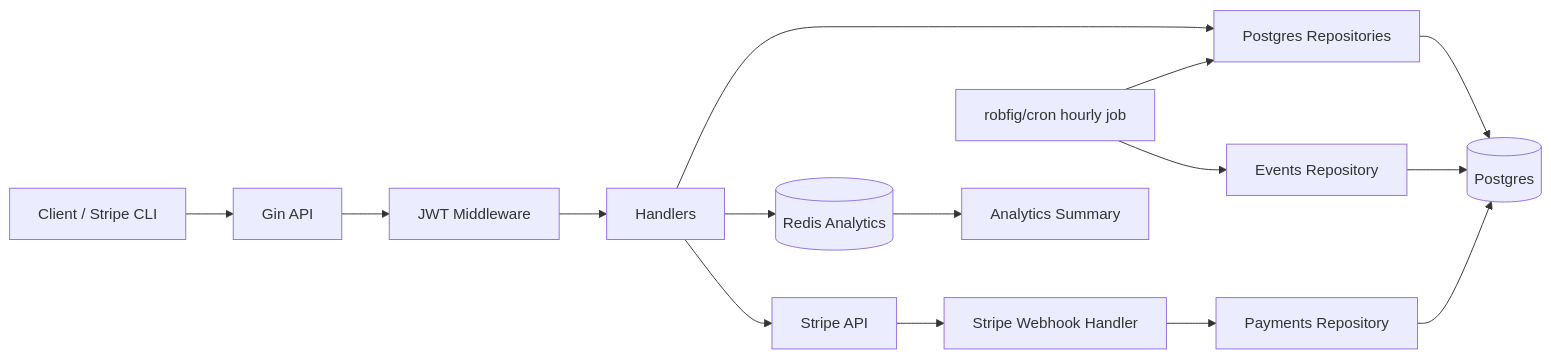
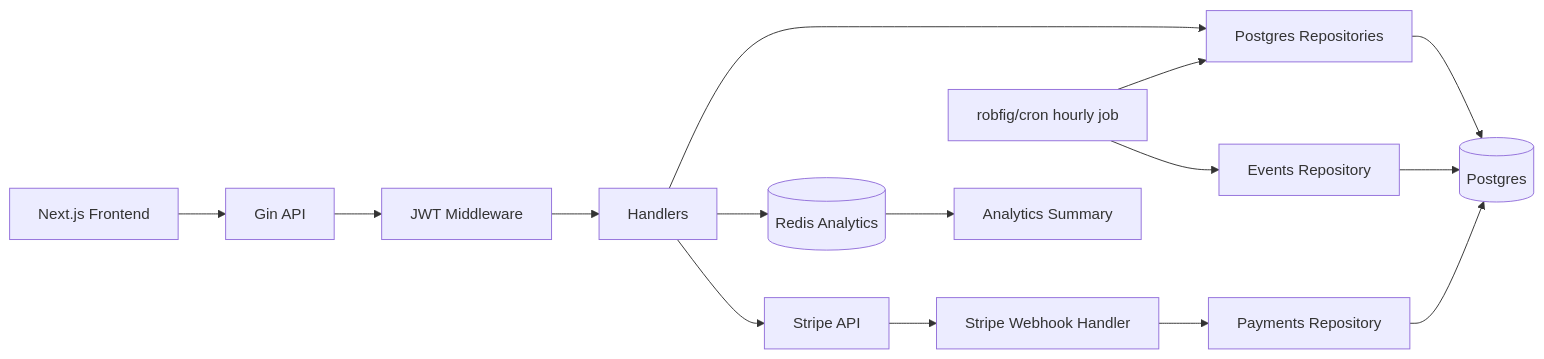
Before and after one commit to EmyysJanaK/Orbit: the diagram in README.md, drawn with Mermaid. The commit also changed other lines of this file and 52 other files, not shown here.

Commit message:
feat: implement backend architecture including database migrations, repositories, and Stripe webhook handling

````diff
--- a/README.md
+++ b/README.md
@@ -7,17 +11,17 @@
 ```mermaid
 flowchart LR
-    Client[Client / Stripe CLI] --> Gin[Gin API]
+    Client[Next.js Frontend] --> Gin[Gin API]
     Gin --> Auth[JWT Middleware]
     Auth --> AppHandlers[Handlers]
     AppHandlers --> AppRepo[Postgres Repositories]
     AppHandlers --> Redis[(Redis Analytics)]
     AppHandlers --> Stripe[Stripe API]
     Stripe --> Webhook[Stripe Webhook Handler]
     Webhook --> PaymentRepo[Payments Repository]
     Cron[robfig/cron hourly job] --> AppRepo
     Cron --> EventRepo[Events Repository]
     AppRepo --> Postgres[(Postgres)]
     PaymentRepo --> Postgres
     EventRepo --> Postgres
     Redis --> Summary[Analytics Summary]
 ```
````
